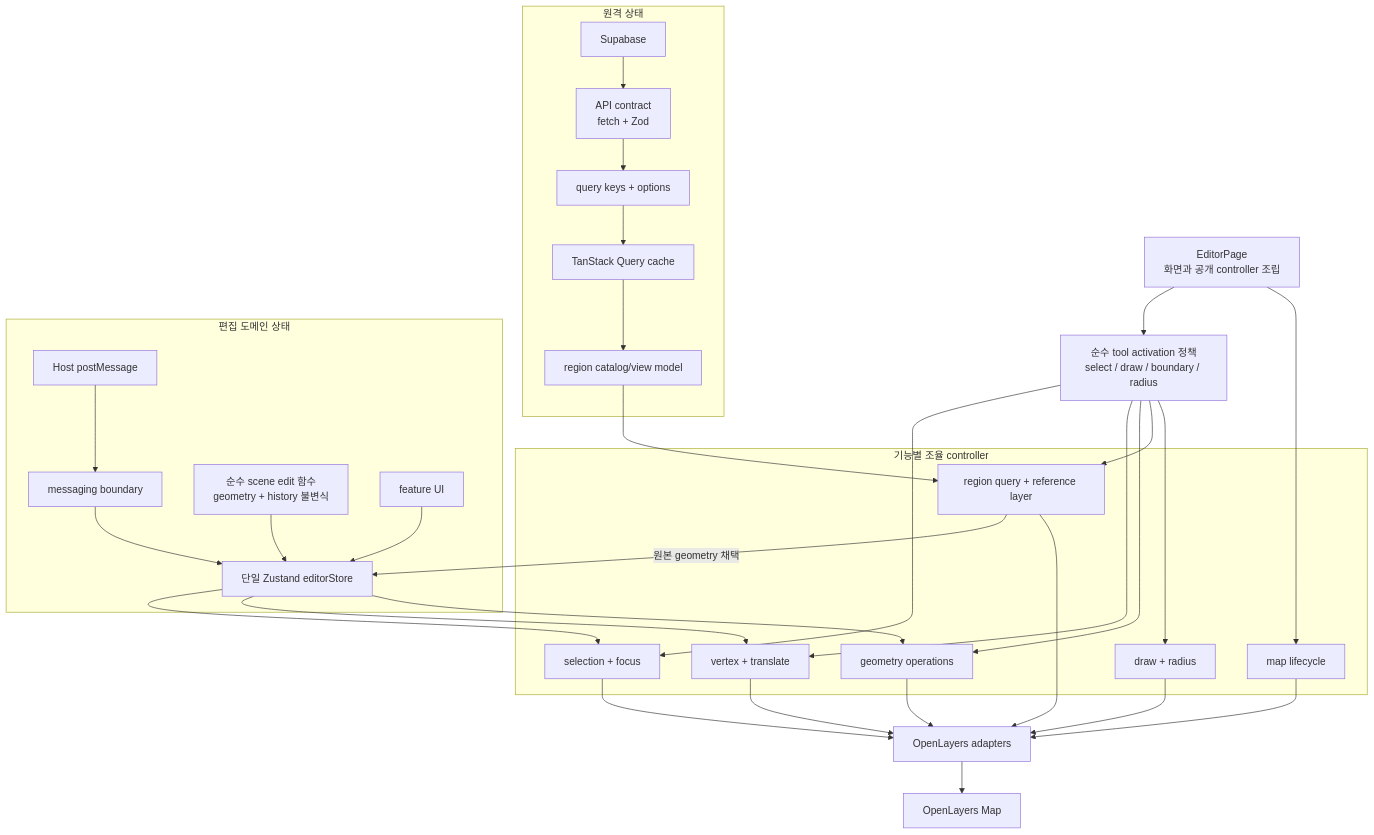
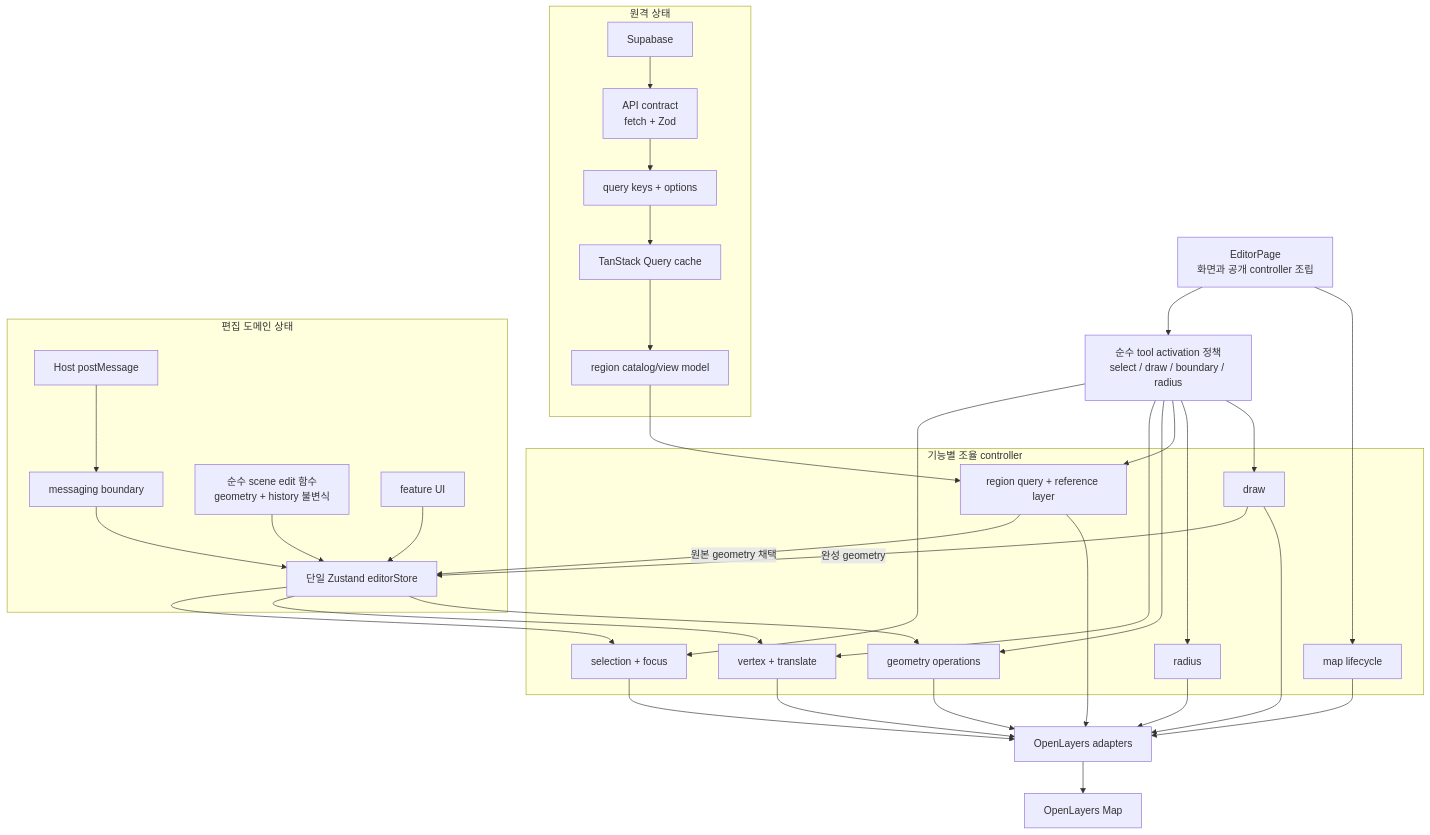
One commit to kimik-hyum/map-editor changed the second of 2 diagrams in src/pages/editor/ARCHITECTURE.md. Above: the diagram before and after it, drawn with Mermaid. The commit also changed other lines of this file and 34 other files, not shown here.

````diff
--- a/src/pages/editor/ARCHITECTURE.md
+++ b/src/pages/editor/ARCHITECTURE.md
@@ -36,49 +39,53 @@
 ```mermaid
 flowchart TB
   Page["EditorPage<br/>화면과 공개 controller 조립"]
   Activation["순수 tool activation 정책<br/>select / draw / boundary / radius"]
 
   subgraph RemoteState["원격 상태"]
     Supabase["Supabase"] --> ApiBoundary["API contract<br/>fetch + Zod"]
     ApiBoundary --> QueryDefs["query keys + options"]
     QueryDefs --> QueryCache["TanStack Query cache"]
     QueryCache --> RegionVM["region catalog/view model"]
   end
 
   subgraph EditorState["편집 도메인 상태"]
     Host["Host postMessage"] --> Messaging["messaging boundary"]
     Messaging --> Store["단일 Zustand editorStore"]
     SceneEdits["순수 scene edit 함수<br/>geometry + history 불변식"] --> Store
     FeatureUI["feature UI"] --> Store
   end
 
   subgraph Controllers["기능별 조율 controller"]
     MapLife["map lifecycle"]
     Selection["selection + focus"]
     Vertex["vertex + translate"]
     GeometryOps["geometry operations"]
     Regions["region query + reference layer"]
-    FutureTools["draw + radius"]
+    Draw["draw"]
+    FutureTools["radius"]
   end
 
   Page --> Activation
   Page --> MapLife
   Activation --> Selection
   Activation --> Vertex
   Activation --> GeometryOps
   Activation --> Regions
   Activation --> FutureTools
+  Activation --> Draw
   Store --> Selection
   Store --> Vertex
   Store --> GeometryOps
   RegionVM --> Regions
   Regions -- "원본 geometry 채택" --> Store
+  Draw -- "완성 geometry" --> Store
 
   MapLife --> Adapters["OpenLayers adapters"]
   Selection --> Adapters
   Vertex --> Adapters
   GeometryOps --> Adapters
   Regions --> Adapters
   FutureTools --> Adapters
+  Draw --> Adapters
   Adapters --> OpenLayers["OpenLayers Map"]
 ```
````
